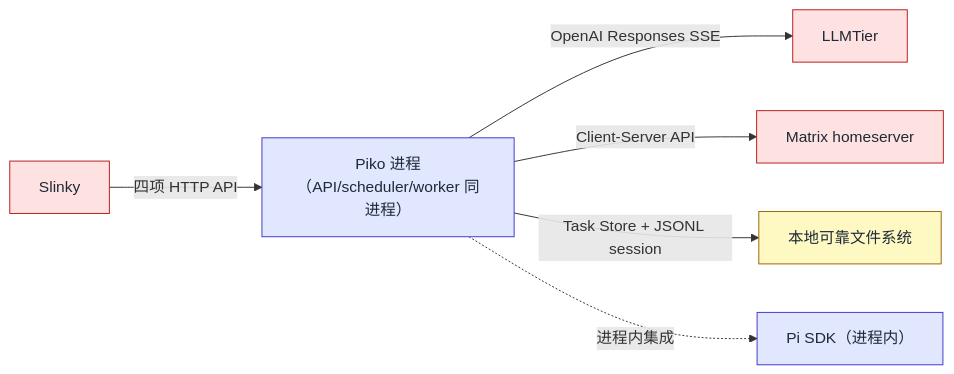
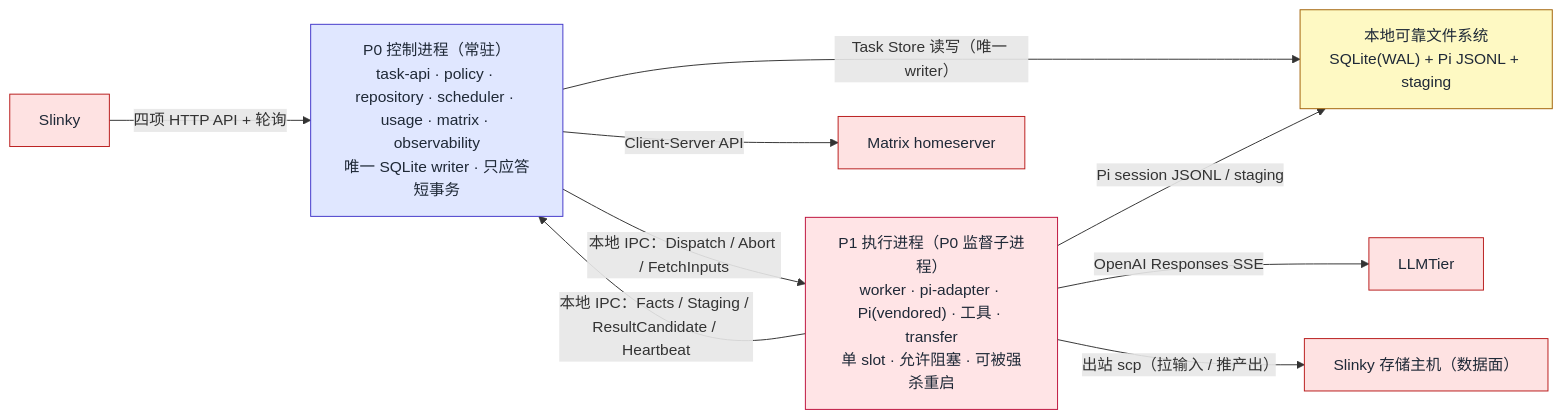
Before and after one commit to corezilla/piko: the fourth of 10 diagrams in docs/20_system_design/piko-system-design.md, drawn with Mermaid. The commit also changed other lines of this file and 22 other files, not shown here.

````diff
--- a/docs/20_system_design/piko-system-design.md
+++ b/docs/20_system_design/piko-system-design.md
@@ -351,19 +383,24 @@
 ```mermaid
 flowchart LR
-  classDef process fill:#e0e7ff,stroke:#4338ca,color:#1f2937
+  classDef proc fill:#e0e7ff,stroke:#4338ca,color:#1f2937
+  classDef exec fill:#ffe4e6,stroke:#be123c,color:#1f2937
   classDef ext fill:#fee2e2,stroke:#b91c1c,color:#1f2937
   classDef store fill:#fef9c3,stroke:#a16207,color:#1f2937
 
-  P["Piko 进程（API/scheduler/worker 同进程）"]:::process
-  FS["本地可靠文件系统"]:::store
+  Slinky["Slinky"]:::ext
+  P0["P0 控制进程（常驻）<br/>task-api · policy · repository · scheduler · usage · matrix · observability<br/>唯一 SQLite writer · 只应答短事务"]:::proc
+  P1["P1 执行进程（P0 监督子进程）<br/>worker · pi-adapter · Pi(vendored) · 工具 · transfer<br/>单 slot · 允许阻塞 · 可被强杀重启"]:::exec
+  FS["本地可靠文件系统<br/>SQLite(WAL) + Pi JSONL + staging"]:::store
   LLMTier["LLMTier"]:::ext
   Matrix["Matrix homeserver"]:::ext
-  Slinky["Slinky"]:::ext
-  Pi["Pi SDK（进程内）"]:::process
+  SP["Slinky 存储主机（数据面）"]:::ext
 
-  Slinky -- "四项 HTTP API" --> P
-  P -- "OpenAI Responses SSE" --> LLMTier
-  P -- "Client-Server API" --> Matrix
-  P -- "Task Store + JSONL session" --> FS
-  P -.进程内集成.-> Pi
+  Slinky -- "四项 HTTP API + 轮询" --> P0
+  P0 -- "本地 IPC：Dispatch / Abort / FetchInputs" --> P1
+  P1 -- "本地 IPC：Facts / Staging / ResultCandidate / Heartbeat" --> P0
+  P0 -- "Task Store 读写（唯一 writer）" --> FS
+  P1 -- "Pi session JSONL / staging" --> FS
+  P1 -- "OpenAI Responses SSE" --> LLMTier
+  P0 -- "Client-Server API" --> Matrix
+  P1 -- "出站 scp（拉输入 / 推产出）" --> SP
 ```
````
